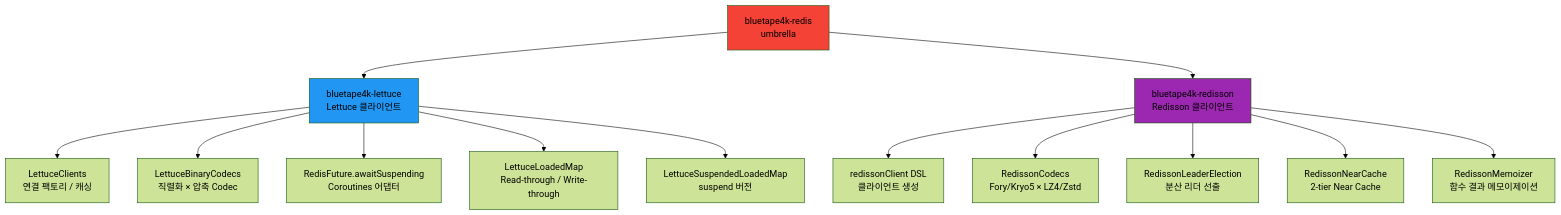
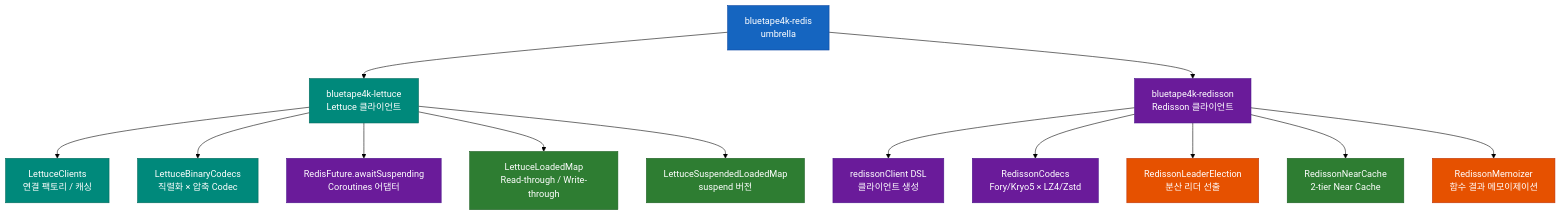
Before and after one commit to bluetape4k/bluetape4k-projects: the first of 2 diagrams in infra/redis/README.ko.md, drawn with Mermaid (forest theme). The commit also changed other lines of this file and 221 other files, not shown here.

First line of the commit message:
docs: 전체 모듈 README UML 다이어그램 보강 및 색상 업그레이드

````diff
--- a/infra/redis/README.ko.md
+++ b/infra/redis/README.ko.md
@@ -111,21 +111,35 @@
 ```mermaid
 flowchart TD
     A[bluetape4k-redis<br/>umbrella] --> B[bluetape4k-lettuce<br/>Lettuce 클라이언트]
     A --> C[bluetape4k-redisson<br/>Redisson 클라이언트]
 
     B --> B1[LettuceClients<br/>연결 팩토리 / 캐싱]
     B --> B2["LettuceBinaryCodecs<br/>직렬화 × 압축 Codec"]
     B --> B3[RedisFuture.awaitSuspending<br/>Coroutines 어댑터]
     B --> B4[LettuceLoadedMap<br/>Read-through / Write-through]
     B --> B5[LettuceSuspendedLoadedMap<br/>suspend 버전]
 
     C --> C1[redissonClient DSL<br/>클라이언트 생성]
     C --> C2["RedissonCodecs<br/>Fory/Kryo5 × LZ4/Zstd"]
     C --> C3[RedissonLeaderElection<br/>분산 리더 선출]
     C --> C4[RedissonNearCache<br/>2-tier Near Cache]
     C --> C5[RedissonMemoizer<br/>함수 결과 메모이제이션]
 
-    style A fill:#F44336
-    style B fill:#2196F3
-    style C fill:#9C27B0
+    classDef umbrellaStyle fill:#1565C0,stroke:#0D47A1,color:#FFFFFF
+    classDef lettuceStyle fill:#00897B,stroke:#00695C,color:#FFFFFF
+    classDef redissonStyle fill:#6A1B9A,stroke:#4A148C,color:#FFFFFF
+
+    style A fill:#1565C0,stroke:#0D47A1,color:#FFFFFF
+    style B fill:#00897B,stroke:#00695C,color:#FFFFFF
+    style C fill:#6A1B9A,stroke:#4A148C,color:#FFFFFF
+    style B1 fill:#00897B,stroke:#00695C,color:#FFFFFF
+    style B2 fill:#00897B,stroke:#00695C,color:#FFFFFF
+    style B3 fill:#6A1B9A,stroke:#4A148C,color:#FFFFFF
+    style B4 fill:#2E7D32,stroke:#1B5E20,color:#FFFFFF
+    style B5 fill:#2E7D32,stroke:#1B5E20,color:#FFFFFF
+    style C1 fill:#6A1B9A,stroke:#4A148C,color:#FFFFFF
+    style C2 fill:#6A1B9A,stroke:#4A148C,color:#FFFFFF
+    style C3 fill:#E65100,stroke:#BF360C,color:#FFFFFF
+    style C4 fill:#2E7D32,stroke:#1B5E20,color:#FFFFFF
+    style C5 fill:#E65100,stroke:#BF360C,color:#FFFFFF
 ```
````
